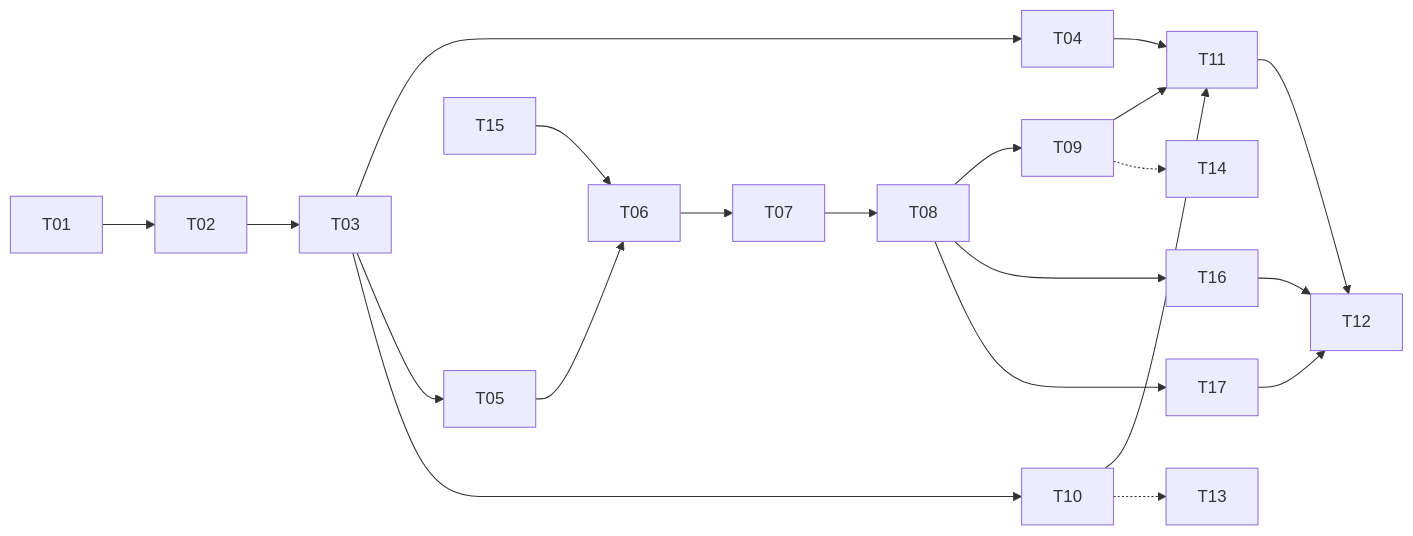
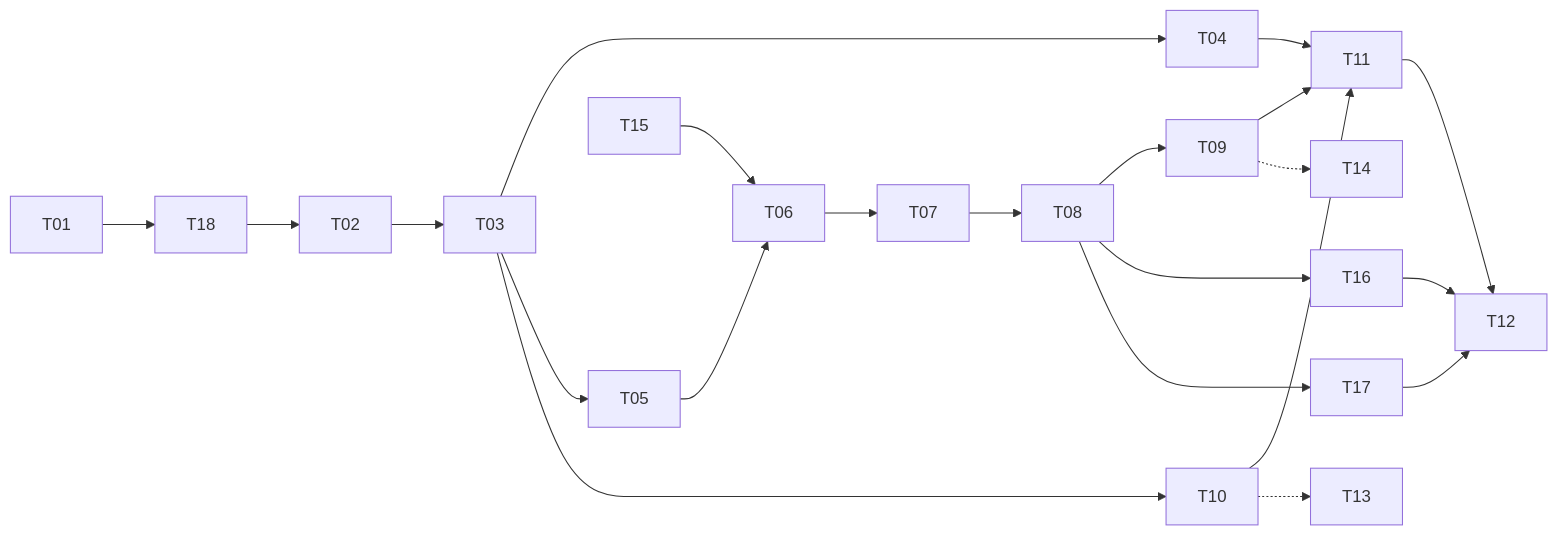
Before and after one commit to Rvelamen/Octopus: the diagram in docs/plans/book-character-agents/implementation-plan.md, drawn with Mermaid. The commit also changed other lines of this file and 30 other files, not shown here.

````diff
--- a/docs/plans/book-character-agents/implementation-plan.md
+++ b/docs/plans/book-character-agents/implementation-plan.md
@@ -44,16 +45,16 @@
 ```mermaid
 flowchart LR
-  T01 --> T02 --> T03
+  T01 --> T18 --> T02 --> T03
   T03 --> T04
   T03 --> T05 --> T06 --> T07 --> T08 --> T09
   T15 --> T06
   T03 --> T10
   T04 --> T11
   T09 --> T11
   T10 --> T11
   T11 --> T12
   T08 --> T16 --> T12
   T08 --> T17 --> T12
   T10 -.-> T13
   T09 -.-> T14
 ```
````
